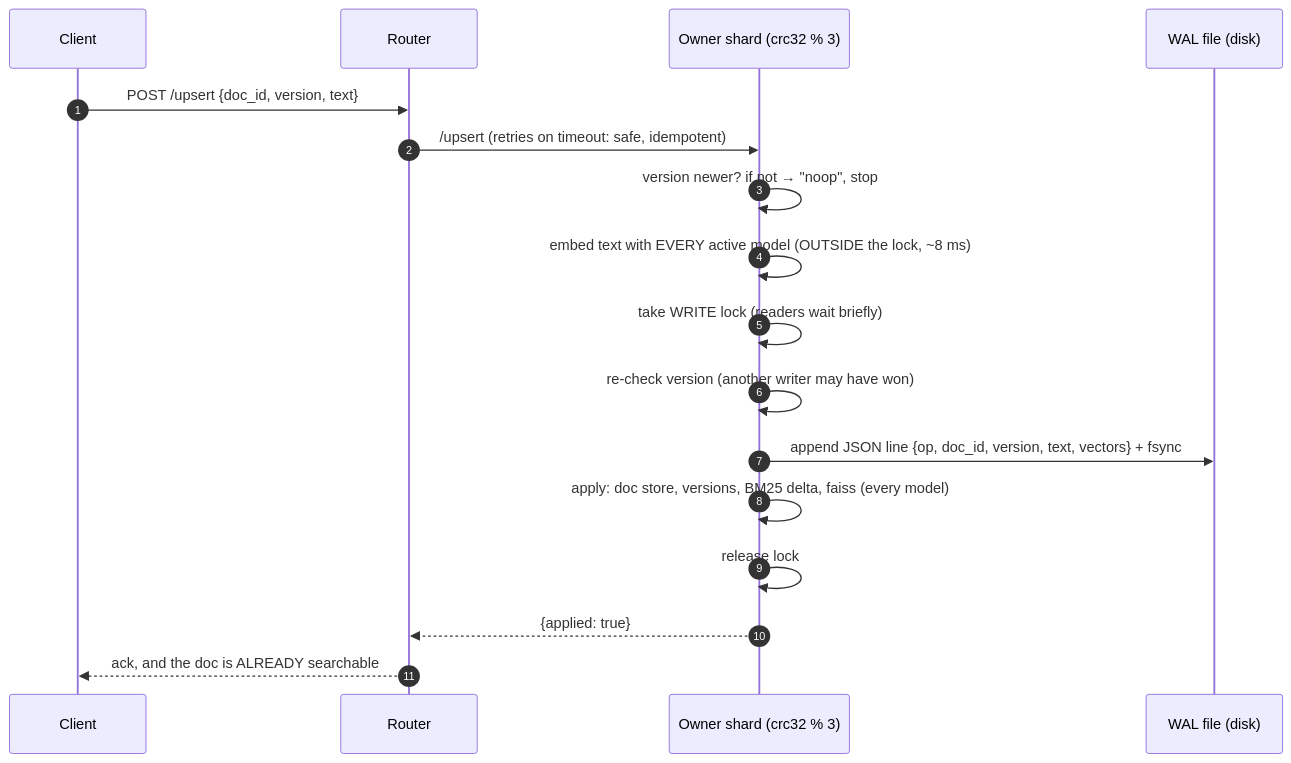
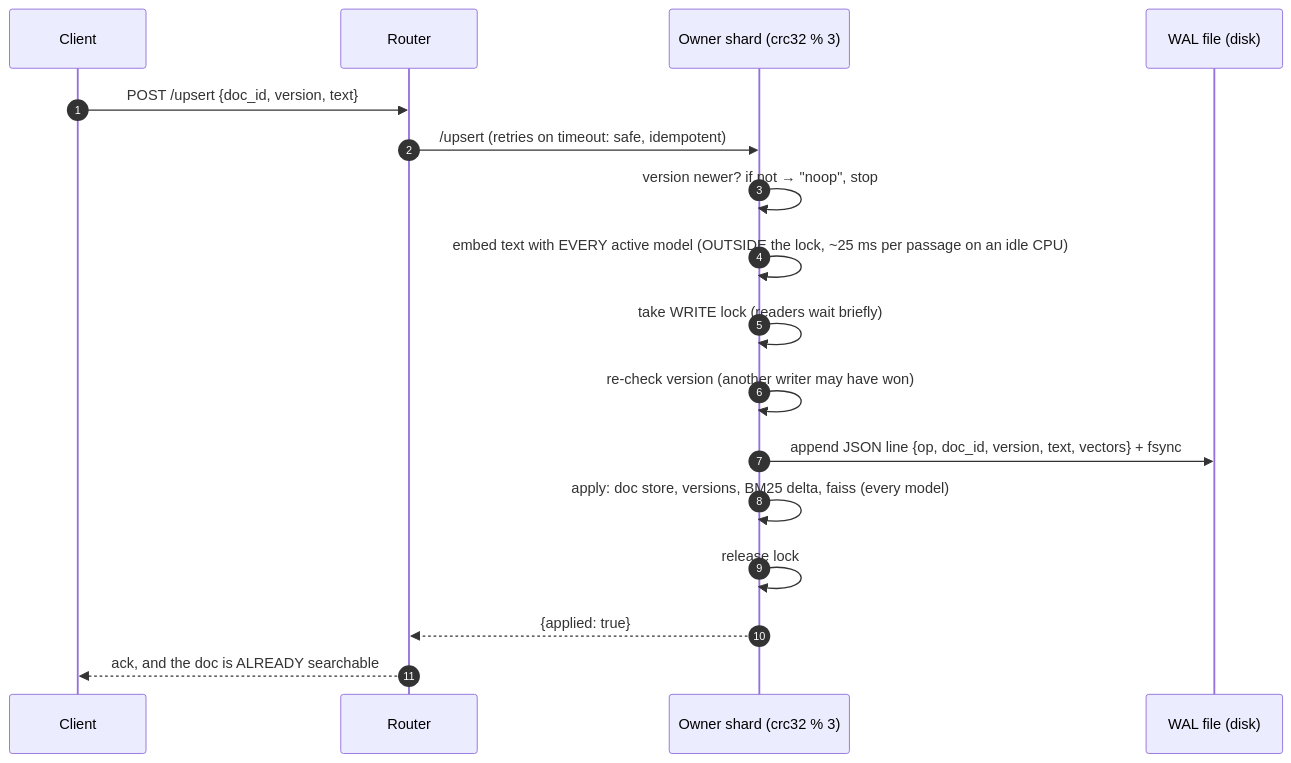
The fourth of 8 diagrams in docs/from_zero/07_part_b_distributed.md (node31/fiqa-agentic-retrieval), drawn with Mermaid before and after one commit. The commit also changed other lines of this file and 3 other files, not shown here.

````diff
--- a/docs/from_zero/07_part_b_distributed.md
+++ b/docs/from_zero/07_part_b_distributed.md
@@ -307,19 +307,19 @@
 ```mermaid
 sequenceDiagram
     autonumber
     participant C as Client
     participant R as Router
     participant S as Owner shard (crc32 % 3)
     participant W as WAL file (disk)
     C->>R: POST /upsert {doc_id, version, text}
     R->>S: /upsert (retries on timeout: safe, idempotent)
     S->>S: version newer? if not → "noop", stop
-    S->>S: embed text with EVERY active model (OUTSIDE the lock, ~8 ms)
+    S->>S: embed text with EVERY active model (OUTSIDE the lock, ~25 ms per passage on an idle CPU)
     S->>S: take WRITE lock (readers wait briefly)
     S->>S: re-check version (another writer may have won)
     S->>W: append JSON line {op, doc_id, version, text, vectors} + fsync
     S->>S: apply: doc store, versions, BM25 delta, faiss (every model)
     S->>S: release lock
     S-->>R: {applied: true}
     R-->>C: ack, and the doc is ALREADY searchable
 ```
````
